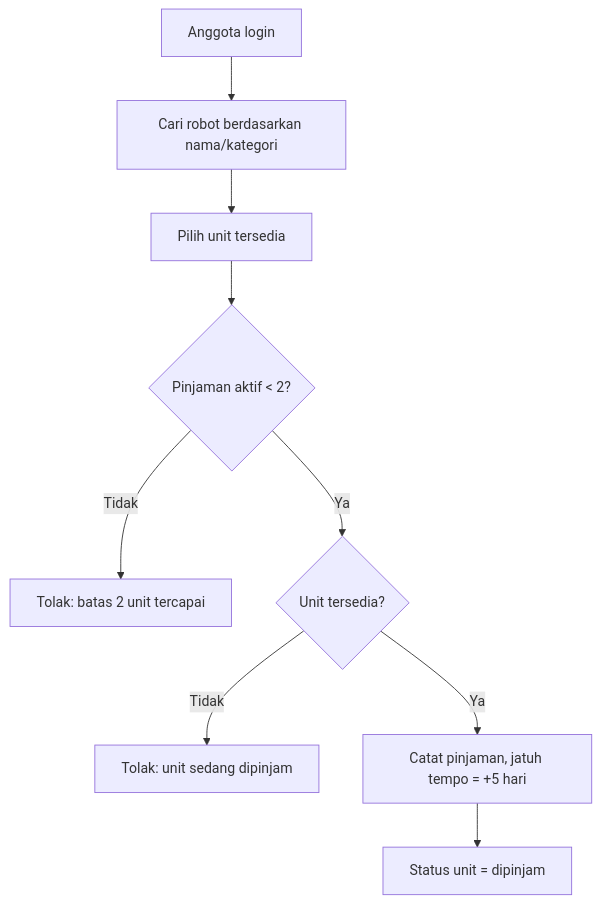
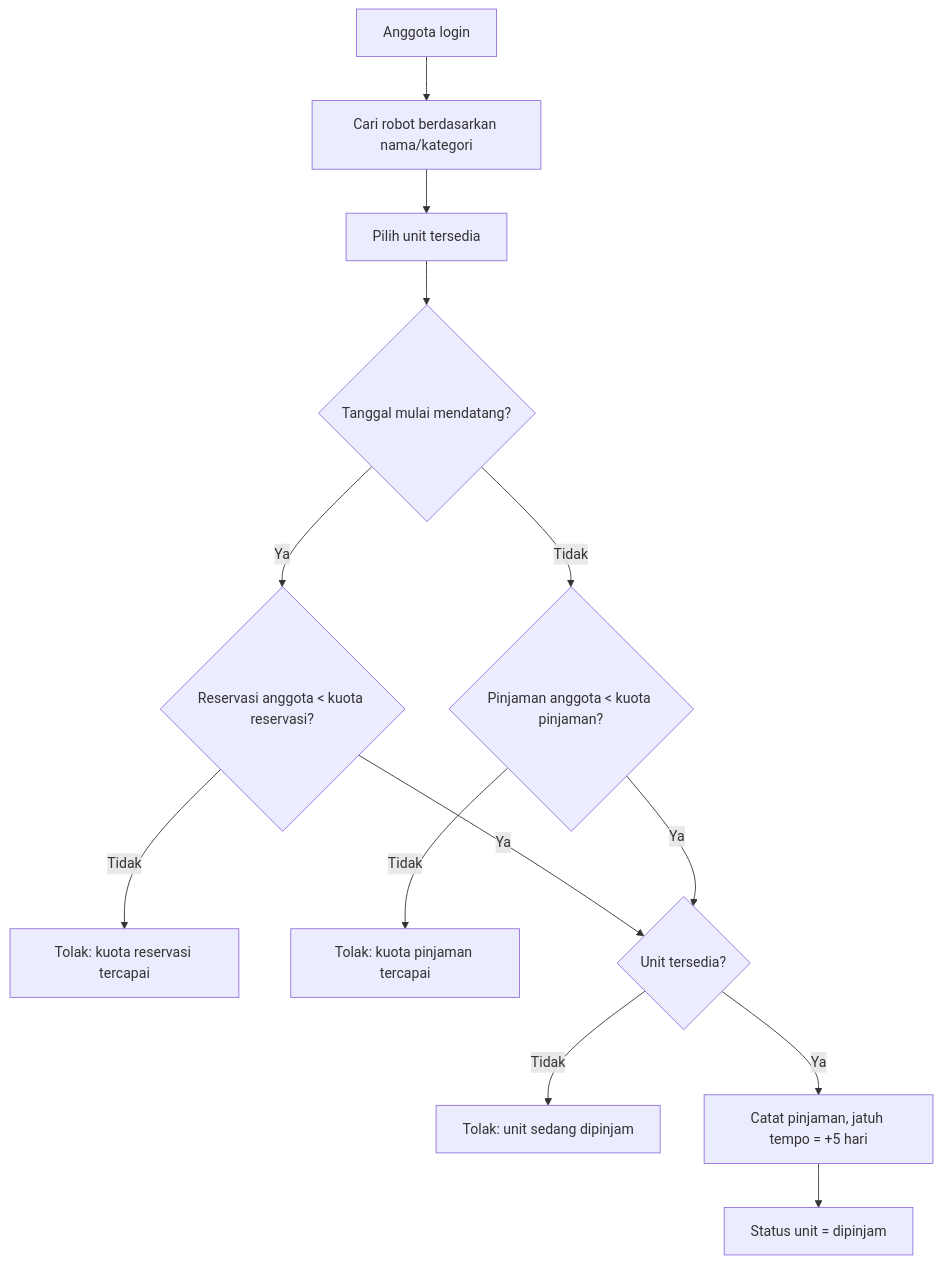
One commit to Ferdyanshh/RoPar changed the first of 2 diagrams in Documentations/BRD.md. Above: the diagram before and after it, drawn with Mermaid. The commit also changed other lines of this file and 15 other files, not shown here.

````diff
--- a/Documentations/BRD.md
+++ b/Documentations/BRD.md
@@ -107,11 +108,15 @@
 ```mermaid
 flowchart TD
     A[Anggota login] --> B[Cari robot berdasarkan nama/kategori]
     B --> C[Pilih unit tersedia]
-    C --> D{Pinjaman aktif < 2?}
-    D -- Tidak --> E[Tolak: batas 2 unit tercapai]
-    D -- Ya --> F{Unit tersedia?}
-    F -- Tidak --> G[Tolak: unit sedang dipinjam]
-    F -- Ya --> H[Catat pinjaman, jatuh tempo = +5 hari]
-    H --> I[Status unit = dipinjam]
+    C --> D{Tanggal mulai mendatang?}
+    D -- Ya --> E{Reservasi anggota < kuota reservasi?}
+    D -- Tidak --> F{Pinjaman anggota < kuota pinjaman?}
+    E -- Tidak --> G[Tolak: kuota reservasi tercapai]
+    F -- Tidak --> H[Tolak: kuota pinjaman tercapai]
+    E -- Ya --> I{Unit tersedia?}
+    F -- Ya --> I
+    I -- Tidak --> J[Tolak: unit sedang dipinjam]
+    I -- Ya --> K[Catat pinjaman, jatuh tempo = +5 hari]
+    K --> L[Status unit = dipinjam]
 ```
````
